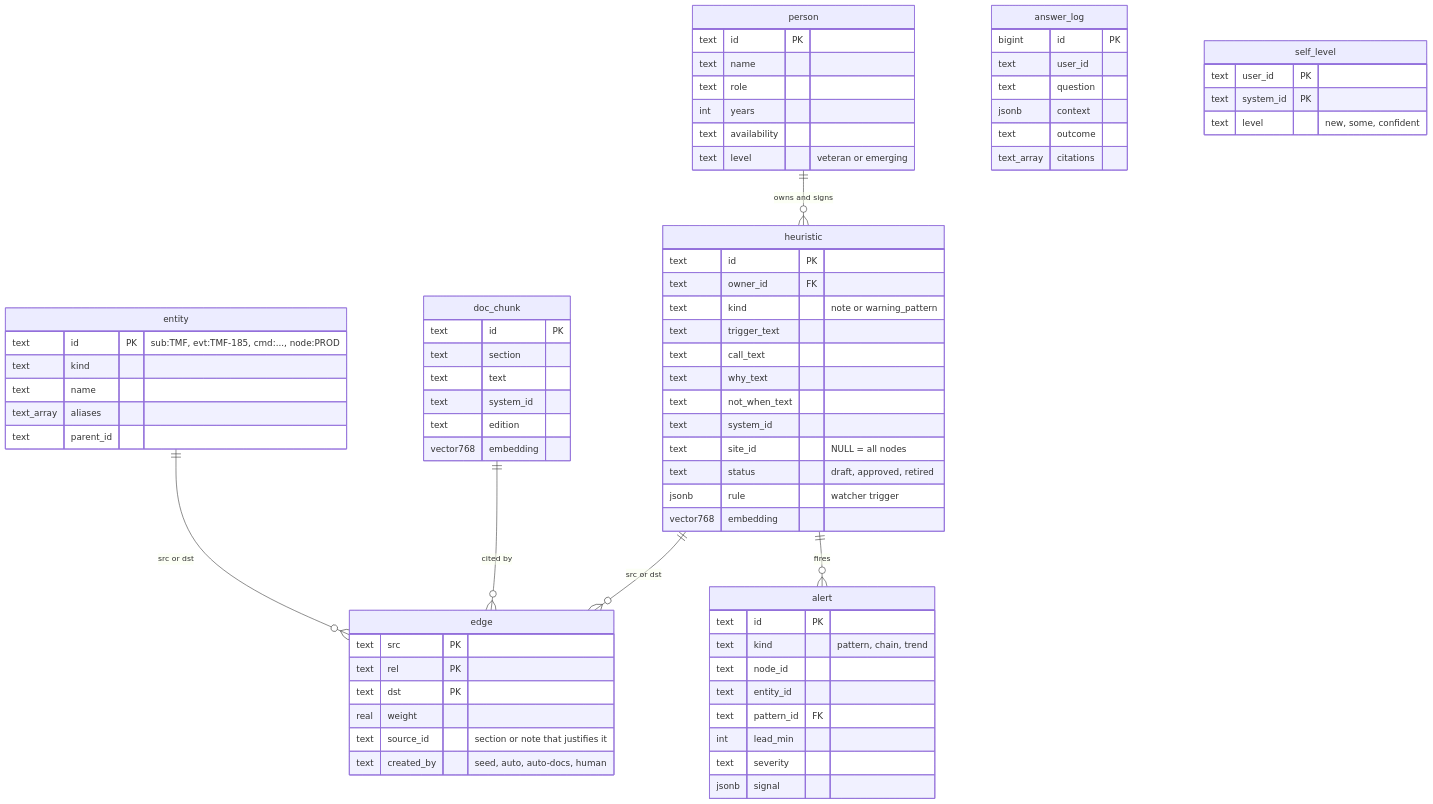
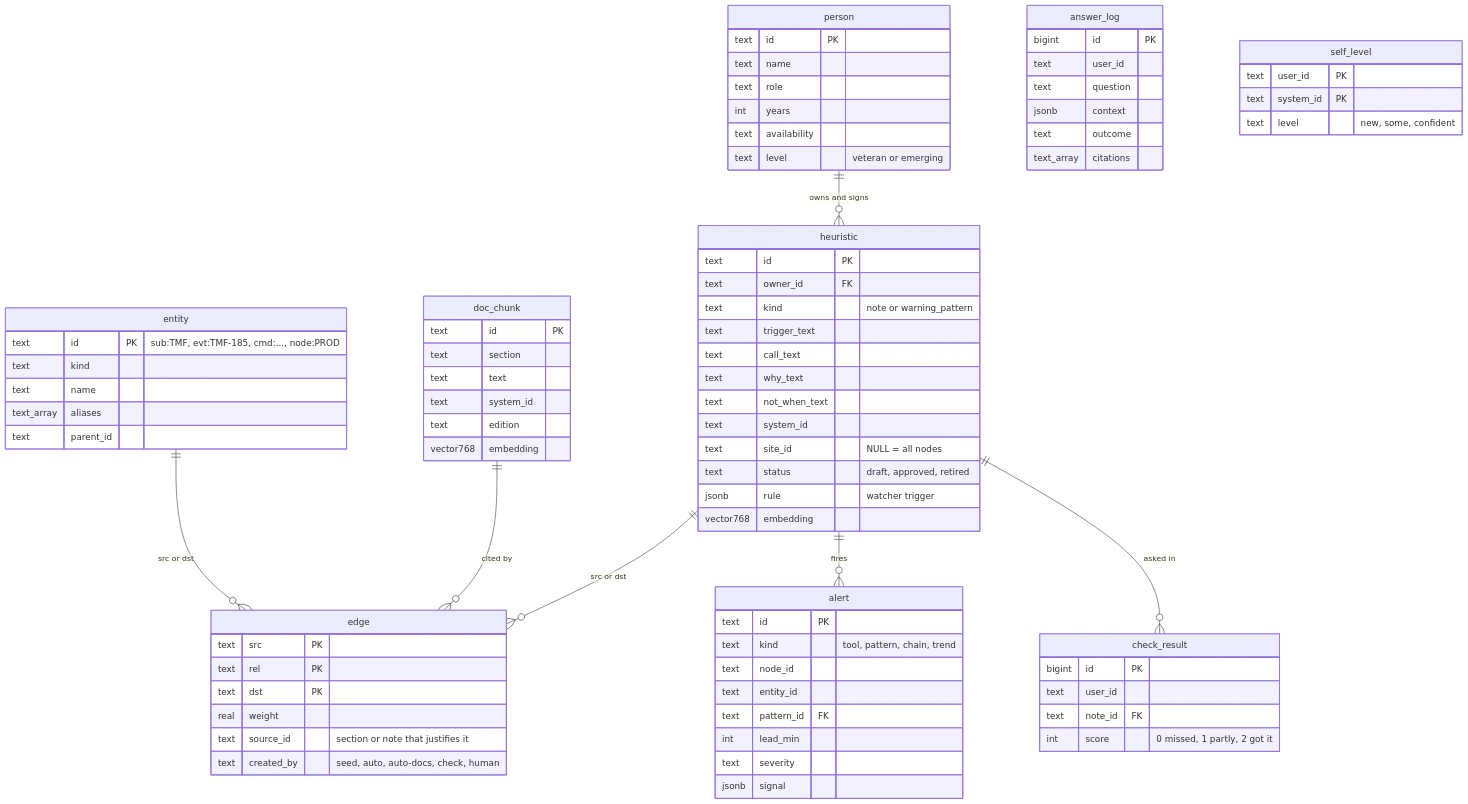
One commit to ghousee/catalyst-2026-team31 changed the second of 2 diagrams in README.md. Above: the diagram before and after it, drawn with Mermaid. The commit also changed other lines of this file and 1 other file, not shown here.

````diff
--- a/README.md
+++ b/README.md
@@ -174,7 +239,7 @@
     text dst PK
     real weight
     text source_id "section or note that justifies it"
-    text created_by "seed, auto, auto-docs, human"
+    text created_by "seed, auto, auto-docs, check, human"
   }
   answer_log {
     bigint id PK
@@ -189,9 +254,15 @@
     text system_id PK
     text level "new, some, confident"
   }
+  check_result {
+    bigint id PK
+    text user_id
+    text note_id FK
+    int score "0 missed, 1 partly, 2 got it"
+  }
   alert {
     text id PK
-    text kind "pattern, chain, trend"
+    text kind "tool, pattern, chain, trend"
     text node_id
     text entity_id
     text pattern_id FK
@@ -204,4 +275,5 @@
   heuristic ||--o{ edge : "src or dst"
   doc_chunk ||--o{ edge : "cited by"
   heuristic ||--o{ alert : "fires"
+  heuristic ||--o{ check_result : "asked in"
 ```
````
